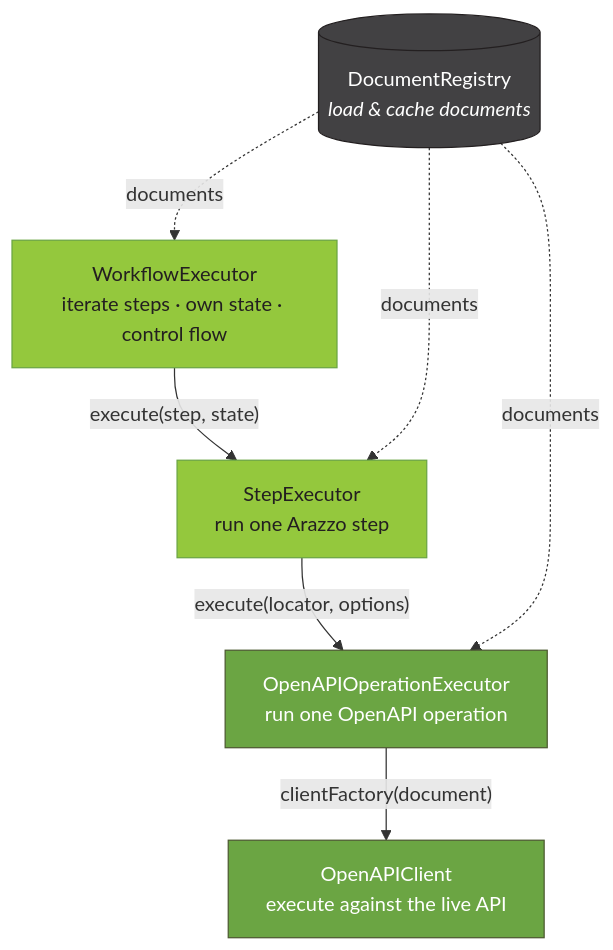
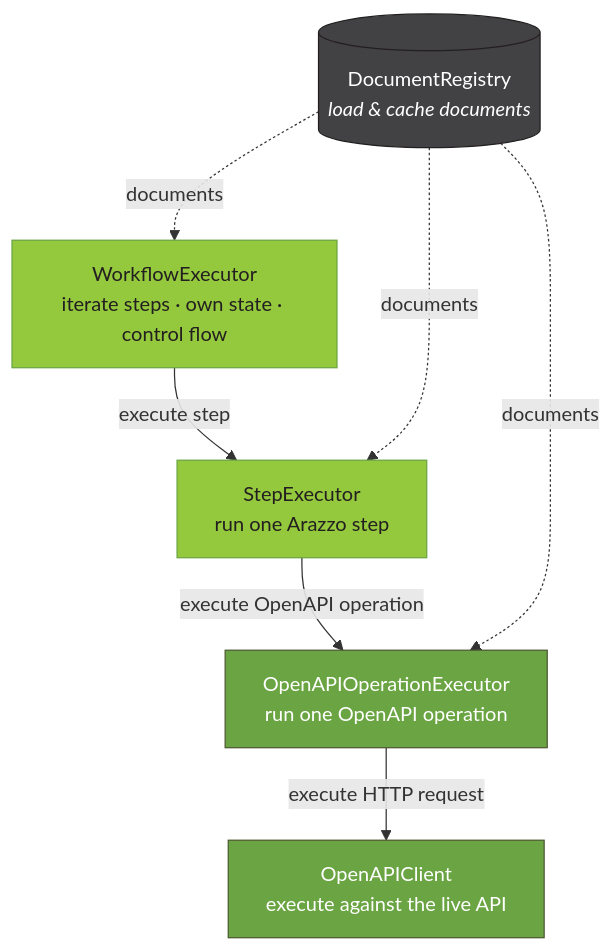
The diagram in packages/jentic-arazzo-runner/README.md (jentic/jentic-arazzo-tools), drawn with Mermaid before and after one commit.

Commit message:
docs(runner): use descriptive edge labels in architecture diagram

````diff
--- a/packages/jentic-arazzo-runner/README.md
+++ b/packages/jentic-arazzo-runner/README.md
@@ -34,26 +34,26 @@
 ```mermaid
 flowchart TD
     Registry[("DocumentRegistry<br/><i>load & cache documents</i>")]
 
     WF["WorkflowExecutor<br/>iterate steps · own state · control flow"]
     Step["StepExecutor<br/>run one Arazzo step"]
     Op["OpenAPIOperationExecutor<br/>run one OpenAPI operation"]
     Client["OpenAPIClient<br/>execute against the live API"]
 
-    WF -->|"execute(step, state)"| Step
-    Step -->|"execute(locator, options)"| Op
-    Op -->|"clientFactory(document)"| Client
+    WF -->|"execute step"| Step
+    Step -->|"execute OpenAPI operation"| Op
+    Op -->|"execute HTTP request"| Client
 
     Registry -.->|documents| WF
     Registry -.->|documents| Step
     Registry -.->|documents| Op
 
     %% brand colors: Arazzo green, OpenAPI green, neutral registry grey
     classDef arazzo fill:#94C83D,stroke:#6BA543,stroke-width:1px,color:#231F20;
     classDef openapi fill:#6BA543,stroke:#4D5A31,color:#fff;
     classDef neutral fill:#424143,stroke:#231F20,color:#fff;
 
     class WF,Step arazzo;
     class Op,Client openapi;
     class Registry neutral;
 ```
````
